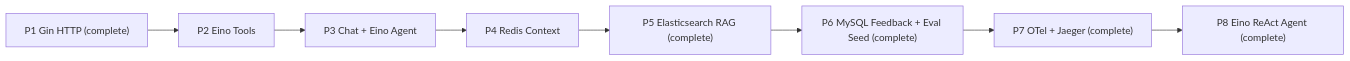
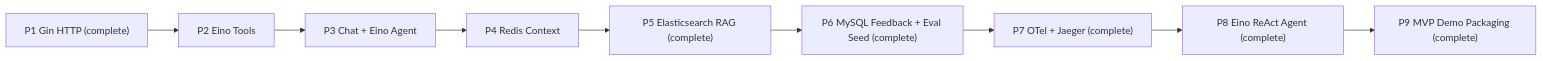
Before and after one commit to jiawei-wang-dev/WatchOps-Lite: the diagram in docs/ROADMAP.md, drawn with Mermaid. The commit also changed other lines of this file and 16 other files, not shown here.

First line of the commit message:
chore: finalize MVP demo packaging

````diff
--- a/docs/ROADMAP.md
+++ b/docs/ROADMAP.md
@@ -186,10 +205,11 @@
 ```mermaid
 flowchart LR
     P1["P1 Gin HTTP (complete)"] --> P2["P2 Eino Tools"]
     P2 --> P3["P3 Chat + Eino Agent"]
     P3 --> P4["P4 Redis Context"]
     P4 --> P5["P5 Elasticsearch RAG (complete)"]
     P5 --> P6["P6 MySQL Feedback + Eval Seed (complete)"]
     P6 --> P7["P7 OTel + Jaeger (complete)"]
     P7 --> P8["P8 Eino ReAct Agent (complete)"]
+    P8 --> P9["P9 MVP Demo Packaging (complete)"]
 ```
````
